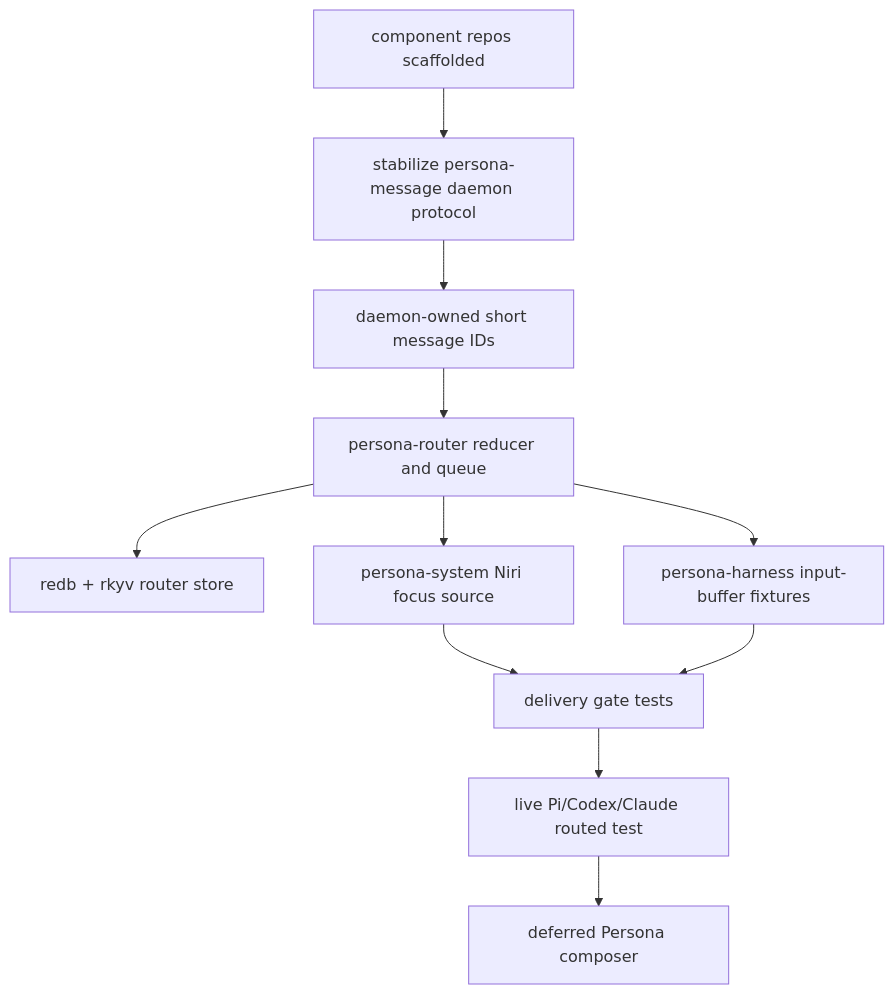
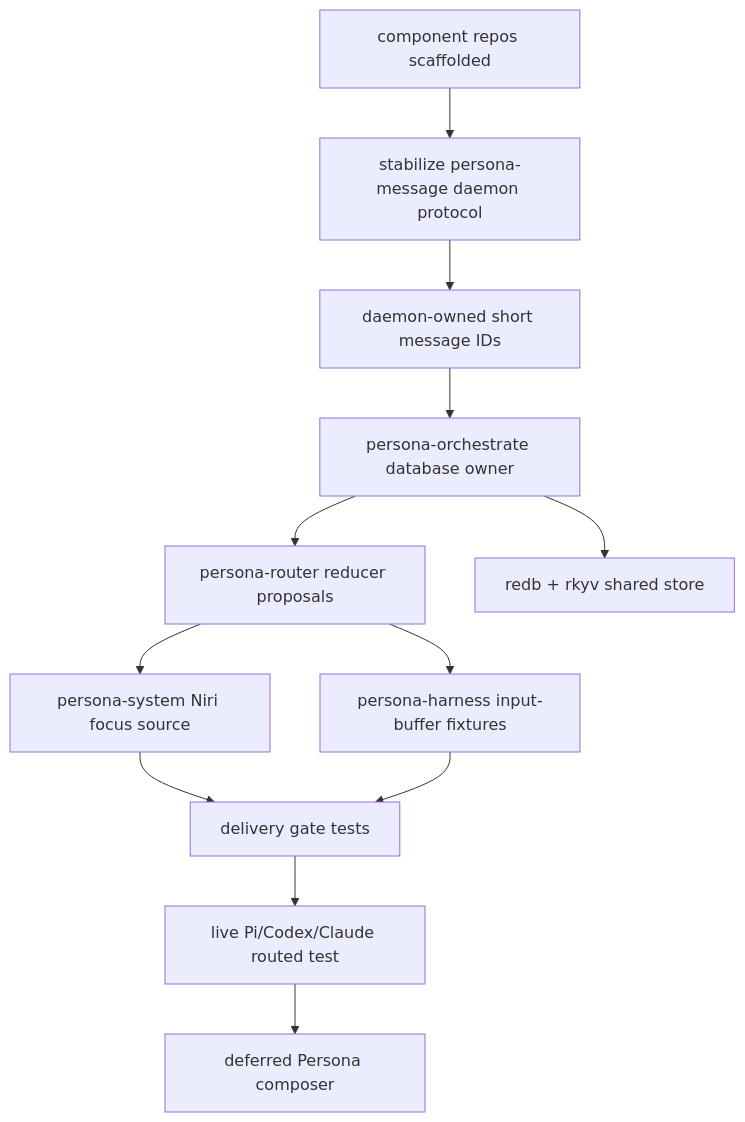
Diagram 15 of 16 in reports/operator/9-persona-message-router-architecture.md (LiGoldragon/primary), drawn with Mermaid before and after one commit. The commit also changed other lines of this file, not shown here.

Commit message:
revise Persona database ownership architecture

````diff
--- a/reports/operator/9-persona-message-router-architecture.md
+++ b/reports/operator/9-persona-message-router-architecture.md
@@ -446,24 +501,26 @@
 ```mermaid
 flowchart TD
-    repos[component repos scaffolded]
-    msg[stabilize persona-message daemon protocol]
-    ids[daemon-owned short message IDs]
-    router[persona-router reducer and queue]
-    store[redb + rkyv router store]
-    system[persona-system Niri focus source]
-    harness[persona-harness input-buffer fixtures]
-    gate[delivery gate tests]
-    live[live Pi/Codex/Claude routed test]
-    desktop[deferred Persona composer]
+    repos["component repos scaffolded"]
+    msg["stabilize persona-message daemon protocol"]
+    ids["daemon-owned short message IDs"]
+    orchestrate["persona-orchestrate database owner"]
+    router["persona-router reducer proposals"]
+    store["redb + rkyv shared store"]
+    system["persona-system Niri focus source"]
+    harness["persona-harness input-buffer fixtures"]
+    gate["delivery gate tests"]
+    live["live Pi/Codex/Claude routed test"]
+    desktop["deferred Persona composer"]
 
     repos --> msg
     msg --> ids
-    ids --> router
-    router --> store
+    ids --> orchestrate
+    orchestrate --> router
+    orchestrate --> store
     router --> system
     router --> harness
     system --> gate
     harness --> gate
     gate --> live
     live --> desktop
 ```
````
